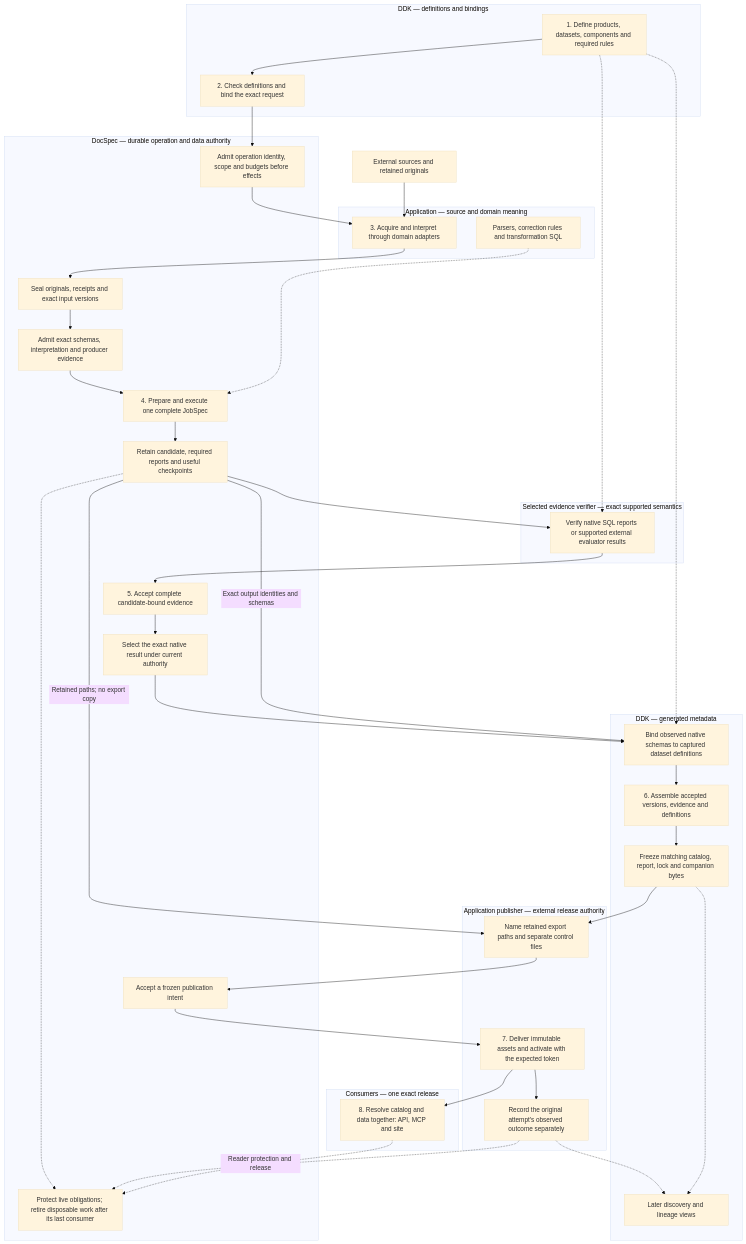
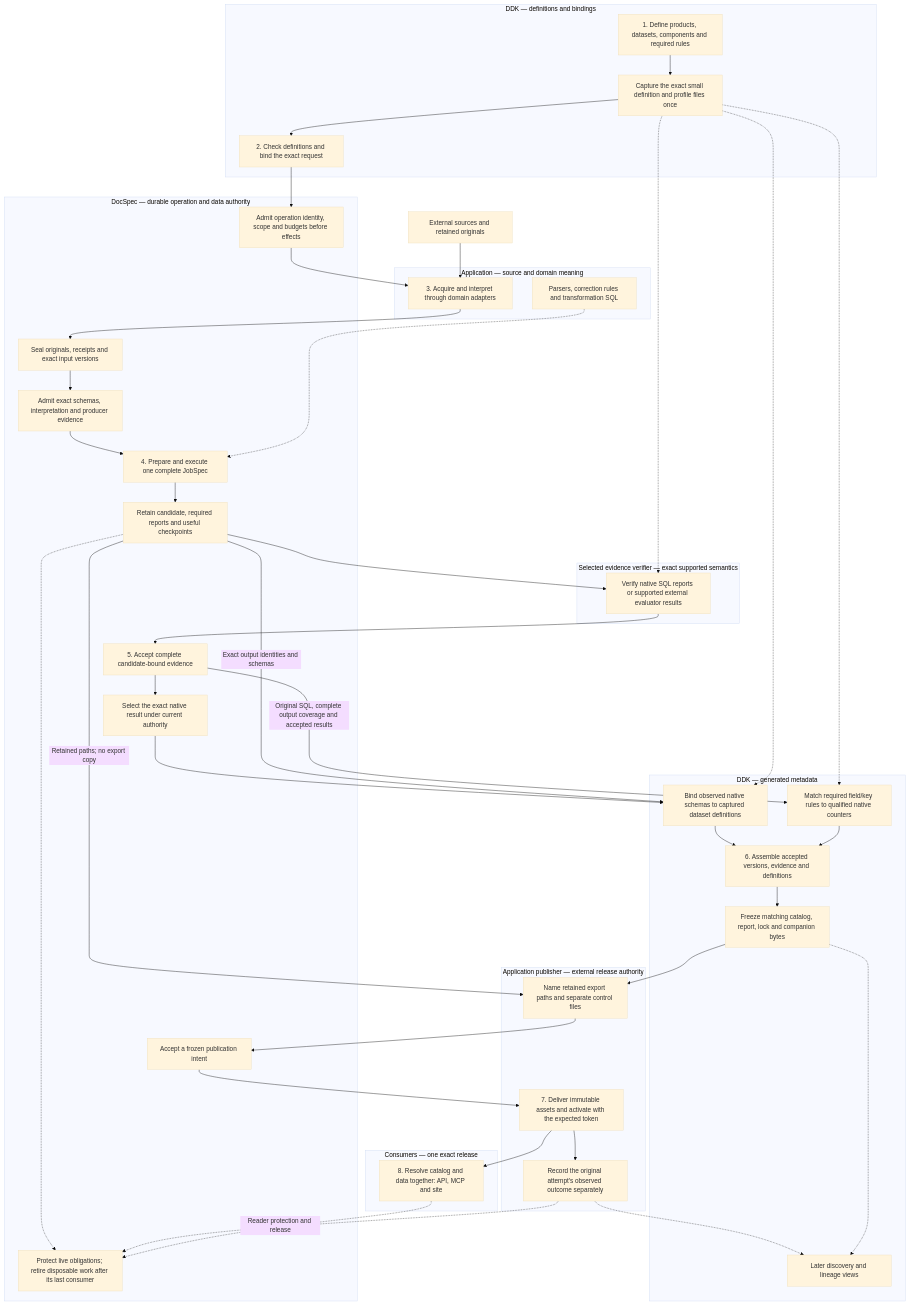
One commit to civictechdc/congressional-tech changed the diagram in docs/replacement-ddk/design.md. Above: the diagram before and after it, drawn with Mermaid (base theme). The commit also changed other lines of this file and 7 other files, not shown here.

````diff
--- a/docs/replacement-ddk/design.md
+++ b/docs/replacement-ddk/design.md
@@ -106,72 +106,77 @@
 ```mermaid
 flowchart TB
     sources["External sources and retained originals"]
 
     subgraph definitions["DDK — definitions and bindings"]
         define["1. Define products, datasets, components and required rules"]
+        frozen["Capture the exact small definition and profile files once"]
         check["2. Check definitions and bind the exact request"]
-        define --> check
+        define --> frozen --> check
     end
 
     subgraph domain["Application — source and domain meaning"]
         acquire["3. Acquire and interpret through domain adapters"]
         logic["Parsers, correction rules and transformation SQL"]
     end
 
     subgraph native["DocSpec — durable operation and data authority"]
         admit["Admit operation identity, scope and budgets before effects"]
         retain["Seal originals, receipts and exact input versions"]
         input_admission["Admit exact schemas, interpretation and producer evidence"]
         compute["4. Prepare and execute one complete JobSpec"]
         candidate["Retain candidate, required reports and useful checkpoints"]
         accept["5. Accept complete candidate-bound evidence"]
         select["Select the exact native result under current authority"]
         intent["Accept a frozen publication intent"]
         lifetime["Protect live obligations; retire disposable work after its last consumer"]
         retain --> input_admission --> compute --> candidate
         accept --> select
     end
 
     subgraph quality["Selected evidence verifier — exact supported semantics"]
         verify["Verify native SQL reports or supported external evaluator results"]
     end
 
     subgraph catalog["DDK — generated metadata"]
         schema_binding["Bind observed native schemas to captured dataset definitions"]
+        rule_binding["Match required field/key rules to qualified native counters"]
         assemble["6. Assemble accepted versions, evidence and definitions"]
         artifacts["Freeze matching catalog, report, lock and companion bytes"]
         discovery["Later discovery and lineage views"]
-        schema_binding --> assemble --> artifacts
+        schema_binding --> assemble
+        rule_binding --> assemble --> artifacts
     end
 
     subgraph publication["Application publisher — external release authority"]
         files["Name retained export paths and separate control files"]
         publish["7. Deliver immutable assets and activate with the expected token"]
         observation["Record the original attempt's observed outcome separately"]
         publish --> observation
     end
 
     subgraph readers["Consumers — one exact release"]
         consume["8. Resolve catalog and data together: API, MCP and site"]
     end
 
     check --> admit
     admit --> acquire
     sources --> acquire
     acquire --> retain
     logic -.-> compute
-    define -.-> verify
+    frozen -.-> verify
     candidate --> verify --> accept
     select --> schema_binding
-    define -.-> schema_binding
+    frozen -.-> schema_binding
     candidate -->|"Exact output identities and schemas"| schema_binding
+    frozen -.-> rule_binding
+    accept -->|"Original SQL, complete output coverage and accepted results"| rule_binding
     artifacts --> files
     candidate -->|"Retained paths; no export copy"| files
     files --> intent --> publish
     publish --> consume
     observation -.-> discovery
     artifacts -.-> discovery
     candidate -.-> lifetime
     observation -.-> lifetime
     consume -.->|"Reader protection and release"| lifetime
 ```
````
